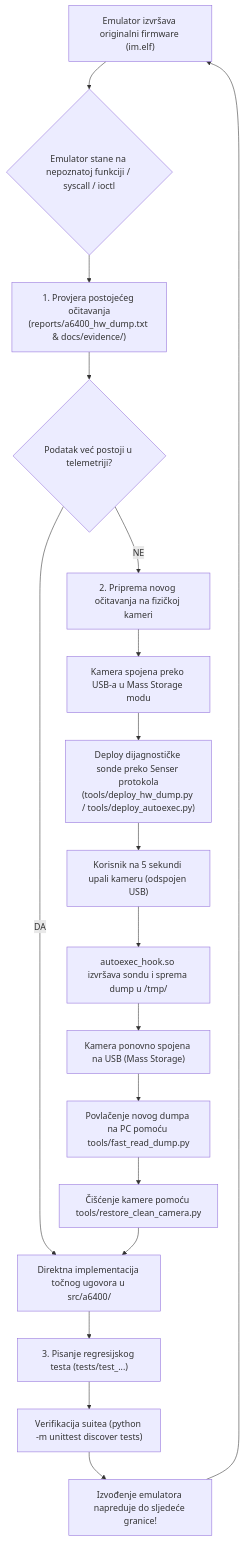
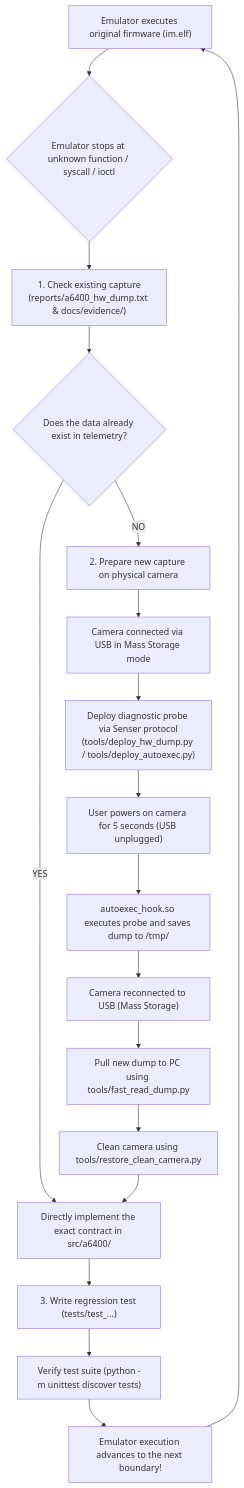
Before and after one commit to ivica00/sony-a6400-research: the diagram in docs/EMULATOR_ENHANCEMENT_GUIDE.md, drawn with Mermaid. The commit also changed other lines of this file and 64 other files, not shown here.

First line of the commit message:
feat(usb): add A5KU TCP server and UVC mode test harness

````diff
--- a/docs/EMULATOR_ENHANCEMENT_GUIDE.md
+++ b/docs/EMULATOR_ENHANCEMENT_GUIDE.md
@@ -11,25 +11,25 @@
 ```mermaid
 flowchart TD
-    A["Emulator izvršava originalni firmware (im.elf)"] --> B{"Emulator stane na nepoznatoj funkciji / syscall / ioctl"}
+    A["Emulator executes original firmware (im.elf)"] --> B{"Emulator stops at unknown function / syscall / ioctl"}
     
-    B --> C["1. Provjera postojećeg očitavanja<br/>(reports/a6400_hw_dump.txt & docs/evidence/)"]
+    B --> C["1. Check existing capture<br/>(reports/a6400_hw_dump.txt & docs/evidence/)"]
     
-    C --> D{"Podatak već postoji u telemetriji?"}
+    C --> D{"Does the data already exist in telemetry?"}
     
-    D -- "DA" --> E["Direktna implementacija točnog ugovora u src/a6400/"]
+    D -- "YES" --> E["Directly implement the exact contract in src/a6400/"]
     
-    D -- "NE" --> F["2. Priprema novog očitavanja na fizičkoj kameri"]
-    F --> G["Kamera spojena preko USB-a u Mass Storage modu"]
-    G --> H["Deploy dijagnostičke sonde preko Senser protokola<br/>(tools/deploy_hw_dump.py / tools/deploy_autoexec.py)"]
-    H --> I["Korisnik na 5 sekundi upali kameru (odspojen USB)"]
-    I --> J["autoexec_hook.so izvršava sondu i sprema dump u /tmp/"]
-    J --> K["Kamera ponovno spojena na USB (Mass Storage)"]
-    K --> L["Povlačenje novog dumpa na PC pomoću tools/fast_read_dump.py"]
-    L --> M["Čišćenje kamere pomoću tools/restore_clean_camera.py"]
+    D -- "NO" --> F["2. Prepare new capture on physical camera"]
+    F --> G["Camera connected via USB in Mass Storage mode"]
+    G --> H["Deploy diagnostic probe via Senser protocol<br/>(tools/deploy_hw_dump.py / tools/deploy_autoexec.py)"]
+    H --> I["User powers on camera for 5 seconds (USB unplugged)"]
+    I --> J["autoexec_hook.so executes probe and saves dump to /tmp/"]
+    J --> K["Camera reconnected to USB (Mass Storage)"]
+    K --> L["Pull new dump to PC using tools/fast_read_dump.py"]
+    L --> M["Clean camera using tools/restore_clean_camera.py"]
     M --> E
     
-    E --> N["3. Pisanje regresijskog testa (tests/test_...)"]
-    N --> O["Verifikacija suitea (python -m unittest discover tests)"]
-    O --> P["Izvođenje emulatora napreduje do sljedeće granice!"]
+    E --> N["3. Write regression test (tests/test_...)"]
+    N --> O["Verify test suite (python -m unittest discover tests)"]
+    O --> P["Emulator execution advances to the next boundary!"]
     P --> A
 ```
````
